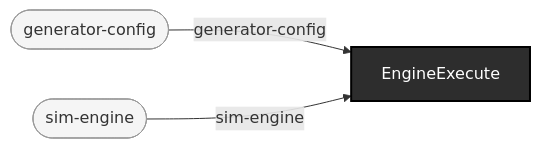
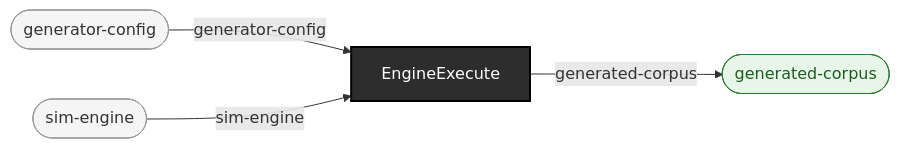
Before and after one commit to pragsmike/ehr-testing-tools: the diagram in docs/use-cases/generate-sim-traffic.md, drawn with Mermaid. The commit also changed 21 other files, not shown here.

First line of the commit message:
docs: regenerate use-case pages and pipeline diagram with result nodes (mechanical, zero hand edits)

````diff
--- a/docs/use-cases/generate-sim-traffic.md
+++ b/docs/use-cases/generate-sim-traffic.md
@@ -39,24 +39,31 @@
 ```mermaid
 flowchart LR
 
     %% --- Source types (raw inputs, not produced by any operation) ---
     generator_config(["generator-config"])
     sim_engine(["sim-engine"])
 
     %% --- Operations (boxes; spiders use distinct shapes) ---
     EngineExecute["EngineExecute"]
 
+    %% --- Result types (terminal outputs) ---
+    generated_corpus_out(["generated-corpus"])
+
     %% --- Wires (typed connections) ---
     %% Arrow 1: EngineExecute
     generator_config -- generator-config --> EngineExecute
     sim_engine -- sim-engine --> EngineExecute
+    EngineExecute -- "generated-corpus" --> generated_corpus_out
 
     %% --- Styling ---
 
     %% Operations: dark boxes (fan=blue, funnel=green, enrichment=outlined, gate=purple, external=dashed)
     style EngineExecute fill:#2d2d2d,stroke:#000,color:#fff,stroke-width:2px
 
     %% Source types: light rounded
     style generator_config fill:#f5f5f5,stroke:#999,color:#333
     style sim_engine fill:#f5f5f5,stroke:#999,color:#333
+
+    %% Result types (terminal outputs): green rounded
+    style generated_corpus_out fill:#e8f5e9,stroke:#2e7d32,color:#1b5e20
 ```
````
